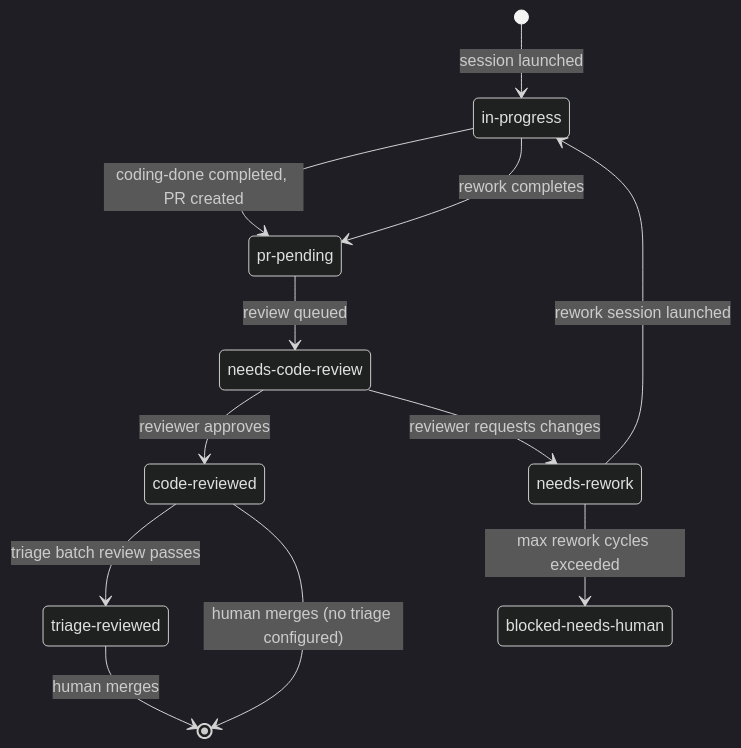
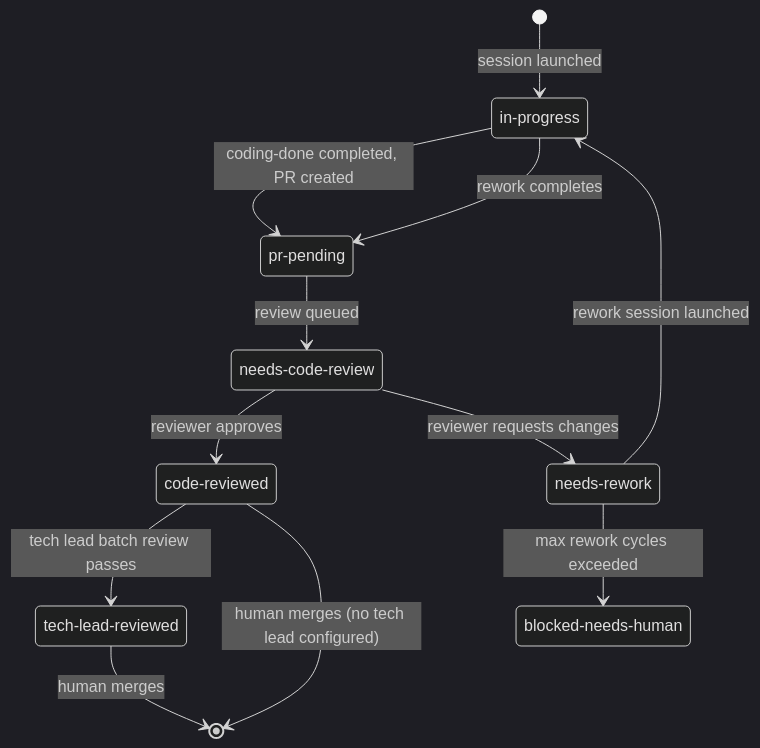
The fifth of 5 diagrams in docs/development/REVIEW_WORKFLOW.md (issue-orchestrator/issue-orchestrator), drawn with Mermaid (dark theme) before and after one commit. The commit also changed other lines of this file and 299 other files, not shown here.

````diff
--- a/docs/development/REVIEW_WORKFLOW.md
+++ b/docs/development/REVIEW_WORKFLOW.md
@@ -101,22 +101,22 @@
 ```mermaid
 stateDiagram-v2
   state "in-progress" as IP
   state "pr-pending" as PR
   state "needs-code-review" as NCR
   state "code-reviewed" as CR
   state "needs-rework" as NR
-  state "triage-reviewed" as TR
+  state "tech-lead-reviewed" as TR
   state "blocked-needs-human" as BNH
 
   [*] --> IP : session launched
   IP --> PR : coding-done completed, PR created
   PR --> NCR : review queued
   NCR --> CR : reviewer approves
   NCR --> NR : reviewer requests changes
   NR --> IP : rework session launched
   IP --> PR : rework completes
-  CR --> TR : triage batch review passes
+  CR --> TR : tech lead batch review passes
   NR --> BNH : max rework cycles exceeded
   TR --> [*] : human merges
-  CR --> [*] : human merges (no triage configured)
+  CR --> [*] : human merges (no tech lead configured)
 ```
````
